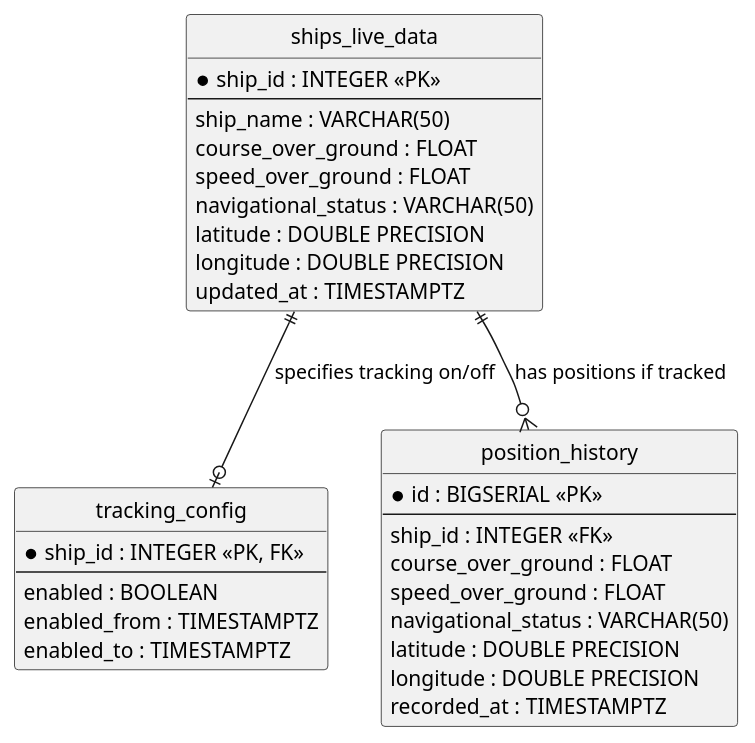
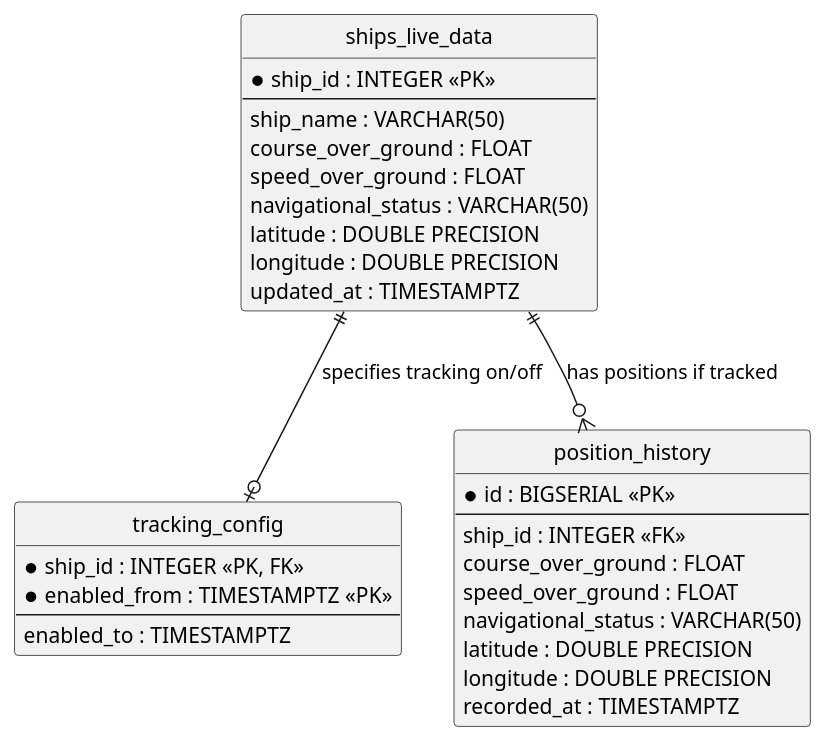
Before and after one commit to thjunge11/aisstream-ship-tracker: the diagram in docs/edr.puml, drawn with PlantUML. The commit also changed 2 other files, not shown here.

```diff
--- a/docs/edr.puml
+++ b/docs/edr.puml
@@ -1,39 +1,38 @@
 @startuml
 hide circle
 
 entity "ships_live_data" as ships {
     * ship_id : INTEGER <<PK>>
     --
     ship_name : VARCHAR(50)
     course_over_ground : FLOAT
     speed_over_ground : FLOAT
     navigational_status : VARCHAR(50)
     latitude : DOUBLE PRECISION
     longitude : DOUBLE PRECISION
     updated_at : TIMESTAMPTZ
 }
 
 entity "tracking_config" as config {
     * ship_id : INTEGER <<PK, FK>>
+    * enabled_from : TIMESTAMPTZ <<PK>>
     --
-    enabled : BOOLEAN
-    enabled_from : TIMESTAMPTZ
     enabled_to : TIMESTAMPTZ
 }
 
 entity "position_history" as history {
     * id : BIGSERIAL <<PK>>
     --
     ship_id : INTEGER <<FK>>
     course_over_ground : FLOAT
     speed_over_ground : FLOAT
     navigational_status : VARCHAR(50)
     latitude : DOUBLE PRECISION
     longitude : DOUBLE PRECISION
     recorded_at : TIMESTAMPTZ
 }
 
 ships ||--o| config : "specifies tracking on/off"
 ships ||--o{ history : "has positions if tracked"
 
 @enduml
```
